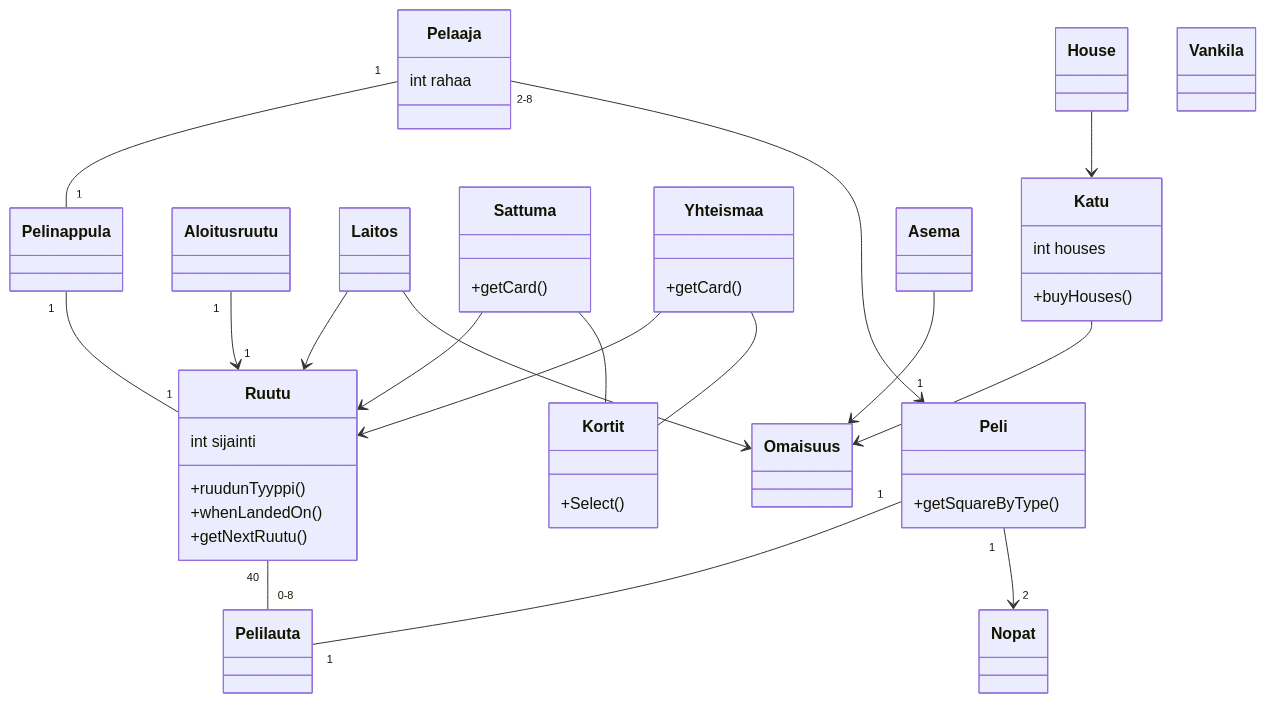
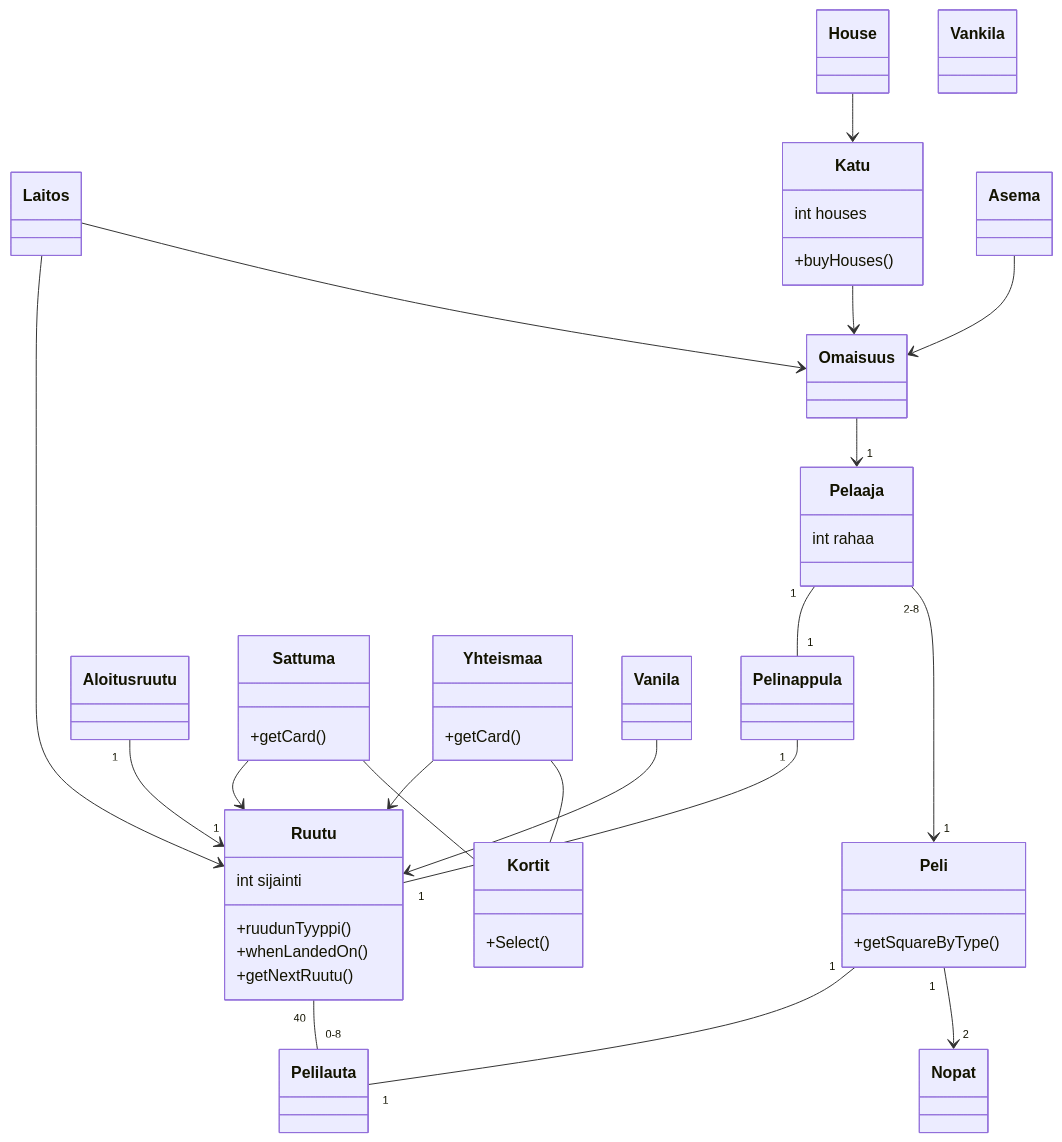
The diagram in laskarit/viikko3/monopoli.md (erz64/ot-harjoitustyo), drawn with Mermaid before and after one commit.

````diff
--- a/laskarit/viikko3/monopoli.md
+++ b/laskarit/viikko3/monopoli.md
@@ -1,76 +1,79 @@
 ```mermaid
     classDiagram
         Pelaaja "1" -- "1" Pelinappula
         Ruutu "40" -- "0-8" Pelilauta 
         Pelinappula "1" -- "1" Ruutu
         Pelaaja "2-8" --> "1" Peli
         Peli "1" -- "1" Pelilauta
         Peli "1" --> "2" Nopat
         Aloitusruutu "1" --> "1" Ruutu
         Laitos --> Ruutu
         Sattuma --> Ruutu
         Yhteismaa --> Ruutu
+        Vanila --> Ruutu
         Sattuma -- Kortit
         Yhteismaa -- Kortit
         Katu --> Omaisuus
         Laitos --> Omaisuus
         Asema --> Omaisuus
         House --> Katu
+        Omaisuus --> "1" Pelaaja
+        
 
 
         class Peli{
             +getSquareByType()
         }
         class Nopat{
             
         }
         class Pelaaja{
             int rahaa
         }
         class Pelinappula{
 
         }
         class Pelilauta{
             
         }
         class Ruutu{
             int sijainti
             +ruudunTyyppi()
             +whenLandedOn()
             +getNextRuutu()
         }
         class Aloitusruutu{
 
         }
         class Laitos{
 
         }
         class Vankila{
 
         }
         class Katu{
             int houses
             +buyHouses()
         }
         class Asema{
 
         }
         class House{
 
         }
         class Sattuma{
             +getCard()
         }
         class Yhteismaa{
             +getCard()
         }
 
         class Kortit{
             +Select()
         }
         
         class Omaisuus{
 
         }
 
 ```     
````
